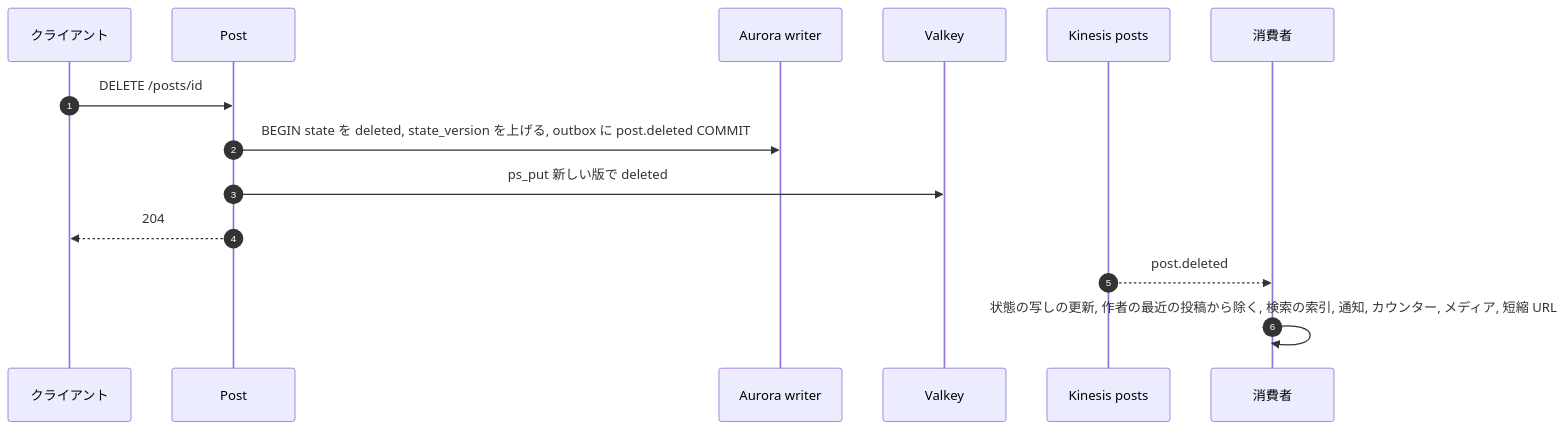
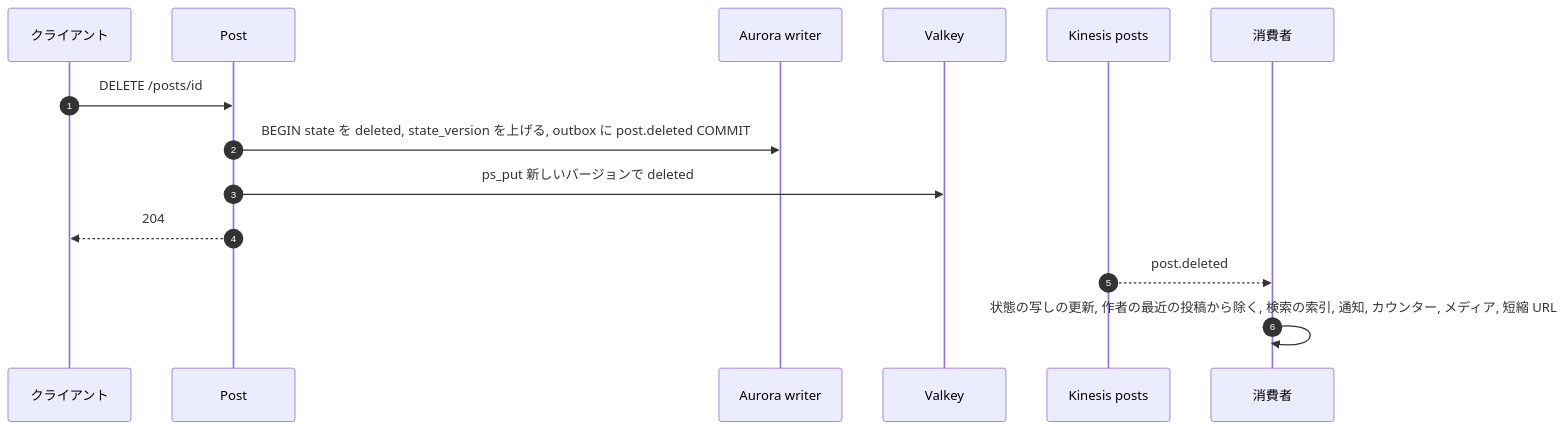
The third of 5 diagrams in systems/x/docs/architecture/posts-and-ids.md (shoito/rebuilds), drawn with Mermaid before and after one commit. The commit also changed other lines of this file and 793 other files, not shown here.

````diff
--- a/systems/x/docs/architecture/posts-and-ids.md
+++ b/systems/x/docs/architecture/posts-and-ids.md
@@ -252,16 +252,16 @@
 ```mermaid
 sequenceDiagram
     autonumber
     participant C as クライアント
     participant P as Post
     participant DB as Aurora writer
     participant V as Valkey
     participant K as Kinesis posts
     participant W as 消費者
     C->>P: DELETE /posts/id
     P->>DB: BEGIN state を deleted, state_version を上げる, outbox に post.deleted COMMIT
-    P->>V: ps_put 新しい版で deleted
+    P->>V: ps_put 新しいバージョンで deleted
     P-->>C: 204
     K-->>W: post.deleted
     W->>W: 状態の写しの更新, 作者の最近の投稿から除く, 検索の索引, 通知, カウンター, メディア, 短縮 URL
 ```
````
